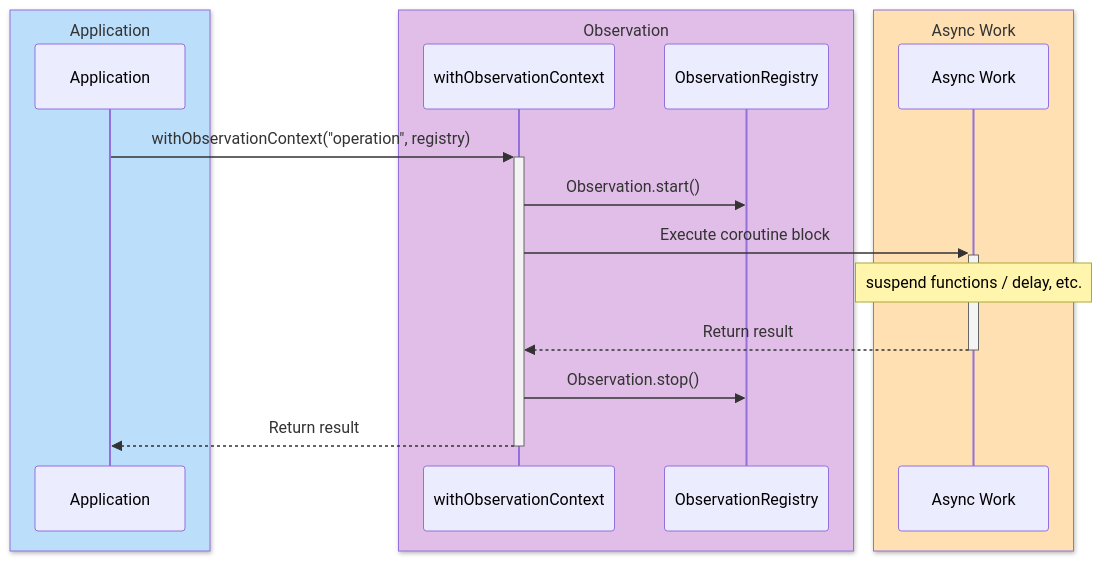
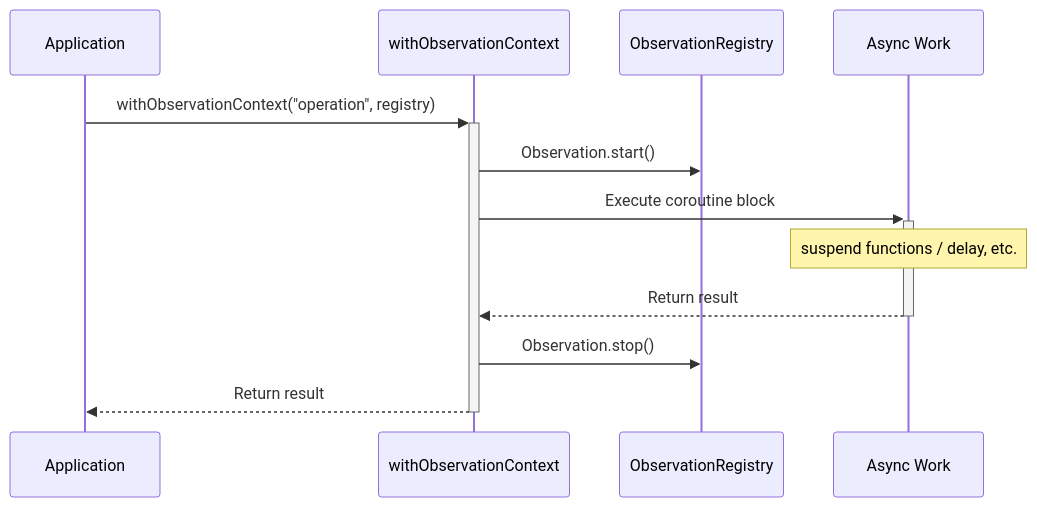
The fourth of 4 diagrams in infra/micrometer/README.md (bluetape4k/bluetape4k-projects), drawn with Mermaid before and after one commit. The commit also changed other lines of this file and 219 other files, not shown here.

First line of the commit message:
docs: 전체 README Mermaid 다이어그램 가이드 적용

````diff
--- a/infra/micrometer/README.md
+++ b/infra/micrometer/README.md
@@ -364,21 +356,15 @@
 ```mermaid
 sequenceDiagram
-    box rgb(187,222,251) Application
     participant App as Application
-    end
-    box rgb(225,190,231) Observation
     participant Obs as withObservationContext
     participant Registry as ObservationRegistry
-    end
-    box rgb(255,224,178) Async Work
     participant Work as Async Work
-    end
 
     App->>+Obs: withObservationContext("operation", registry)
     Obs->>Registry: Observation.start()
     Obs->>+Work: Execute coroutine block
     Note over Work: suspend functions / delay, etc.
     Work-->>-Obs: Return result
     Obs->>Registry: Observation.stop()
     Obs-->>-App: Return result
 ```
````
